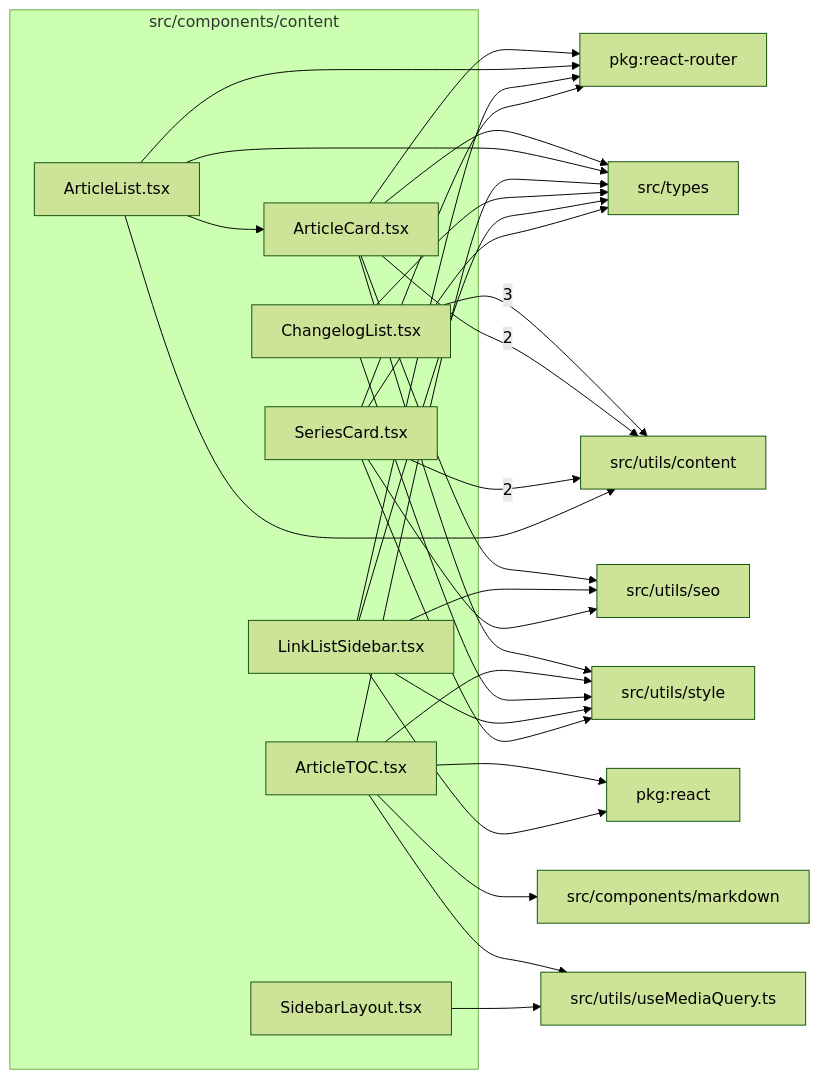
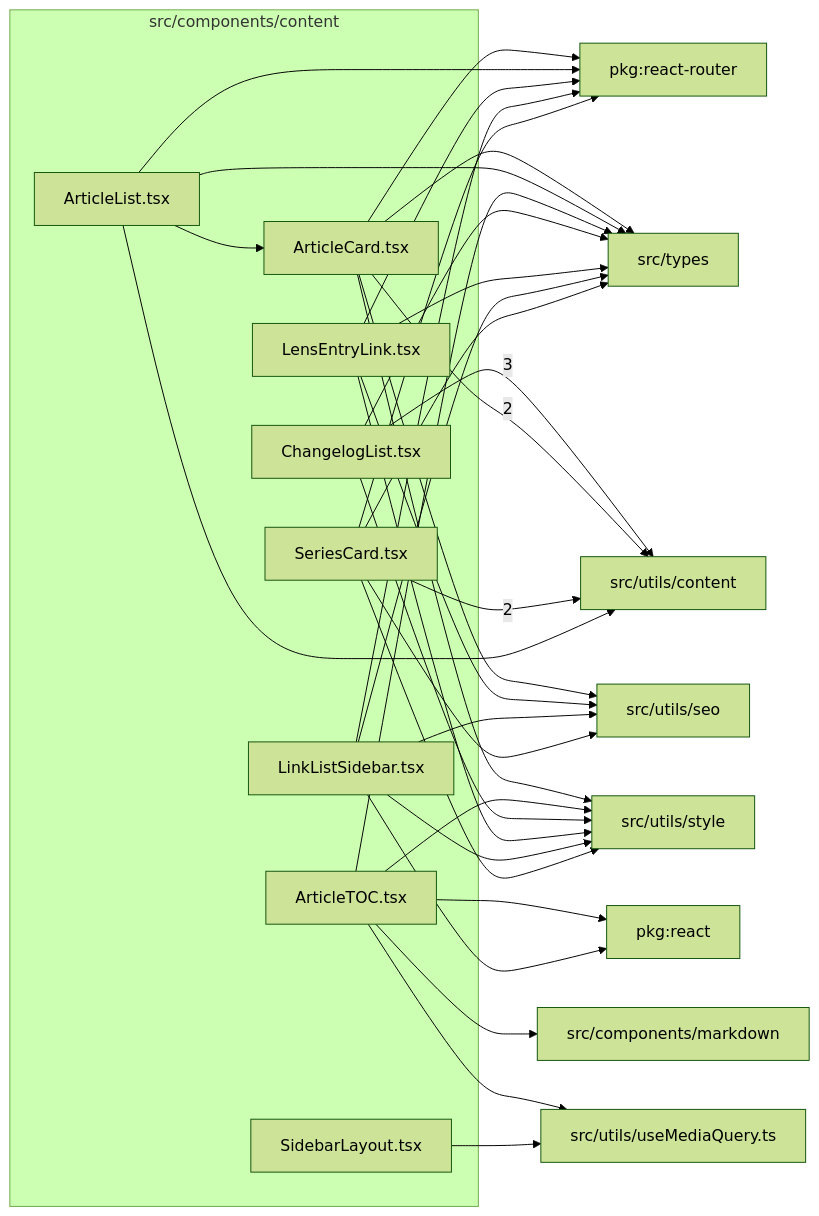
One commit to ronbuening/LensVisualizer changed the diagram in src/components/content/readme.md. Above: the diagram before and after it, drawn with Mermaid (forest theme). The commit also changed other lines of this file and 7 other files, not shown here.

Commit message:
Promote shared lens entry links

````diff
--- a/src/components/content/readme.md
+++ b/src/components/content/readme.md
@@ -9,48 +9,53 @@
 ```mermaid
 flowchart LR
   subgraph n_src_components_content["src/components/content"]
     n_src_components_content_src_components_content_ArticleCard_tsx["ArticleCard.tsx"]
     n_src_components_content_src_components_content_ArticleList_tsx["ArticleList.tsx"]
     n_src_components_content_src_components_content_ArticleTOC_tsx["ArticleTOC.tsx"]
     n_src_components_content_src_components_content_ChangelogList_tsx["ChangelogList.tsx"]
+    n_src_components_content_src_components_content_LensEntryLink_tsx["LensEntryLink.tsx"]
     n_src_components_content_src_components_content_LinkListSidebar_tsx["LinkListSidebar.tsx"]
     n_src_components_content_src_components_content_SeriesCard_tsx["SeriesCard.tsx"]
     n_src_components_content_src_components_content_SidebarLayout_tsx["SidebarLayout.tsx"]
   end
   n_external_src_utils_content["src/utils/content"]
   n_external_pkg_react["pkg:react"]
   n_external_pkg_react_router["pkg:react-router"]
   n_external_src_components_markdown["src/components/markdown"]
   n_external_src_types["src/types"]
   n_external_src_utils_seo["src/utils/seo"]
   n_external_src_utils_style["src/utils/style"]
   n_external_src_utils_useMediaQuery_ts["src/utils/useMediaQuery.ts"]
   n_src_components_content_src_components_content_ChangelogList_tsx --> |3| n_external_src_utils_content
   n_src_components_content_src_components_content_ArticleCard_tsx --> |2| n_external_src_utils_content
   n_src_components_content_src_components_content_SeriesCard_tsx --> |2| n_external_src_utils_content
   n_src_components_content_src_components_content_ArticleTOC_tsx --> n_external_pkg_react
   n_src_components_content_src_components_content_LinkListSidebar_tsx --> n_external_pkg_react
   n_src_components_content_src_components_content_ArticleCard_tsx --> n_external_pkg_react_router
   n_src_components_content_src_components_content_ArticleList_tsx --> n_external_pkg_react_router
+  n_src_components_content_src_components_content_LensEntryLink_tsx --> n_external_pkg_react_router
   n_src_components_content_src_components_content_LinkListSidebar_tsx --> n_external_pkg_react_router
   n_src_components_content_src_components_content_SeriesCard_tsx --> n_external_pkg_react_router
   n_src_components_content_src_components_content_ArticleTOC_tsx --> n_external_src_components_markdown
   n_src_components_content_src_components_content_ArticleCard_tsx --> n_external_src_types
   n_src_components_content_src_components_content_ArticleList_tsx --> n_external_src_types
   n_src_components_content_src_components_content_ArticleTOC_tsx --> n_external_src_types
   n_src_components_content_src_components_content_ChangelogList_tsx --> n_external_src_types
+  n_src_components_content_src_components_content_LensEntryLink_tsx --> n_external_src_types
   n_src_components_content_src_components_content_LinkListSidebar_tsx --> n_external_src_types
   n_src_components_content_src_components_content_SeriesCard_tsx --> n_external_src_types
   n_src_components_content_src_components_content_ArticleList_tsx --> n_external_src_utils_content
   n_src_components_content_src_components_content_ArticleCard_tsx --> n_external_src_utils_seo
+  n_src_components_content_src_components_content_LensEntryLink_tsx --> n_external_src_utils_seo
   n_src_components_content_src_components_content_LinkListSidebar_tsx --> n_external_src_utils_seo
   n_src_components_content_src_components_content_SeriesCard_tsx --> n_external_src_utils_seo
   n_src_components_content_src_components_content_ArticleCard_tsx --> n_external_src_utils_style
   n_src_components_content_src_components_content_ArticleTOC_tsx --> n_external_src_utils_style
   n_src_components_content_src_components_content_ChangelogList_tsx --> n_external_src_utils_style
+  n_src_components_content_src_components_content_LensEntryLink_tsx --> n_external_src_utils_style
   n_src_components_content_src_components_content_LinkListSidebar_tsx --> n_external_src_utils_style
   n_src_components_content_src_components_content_SeriesCard_tsx --> n_external_src_utils_style
   n_src_components_content_src_components_content_ArticleTOC_tsx --> n_external_src_utils_useMediaQuery_ts
   n_src_components_content_src_components_content_SidebarLayout_tsx --> n_external_src_utils_useMediaQuery_ts
   n_src_components_content_src_components_content_ArticleList_tsx --> n_src_components_content_src_components_content_ArticleCard_tsx
 ```
````
